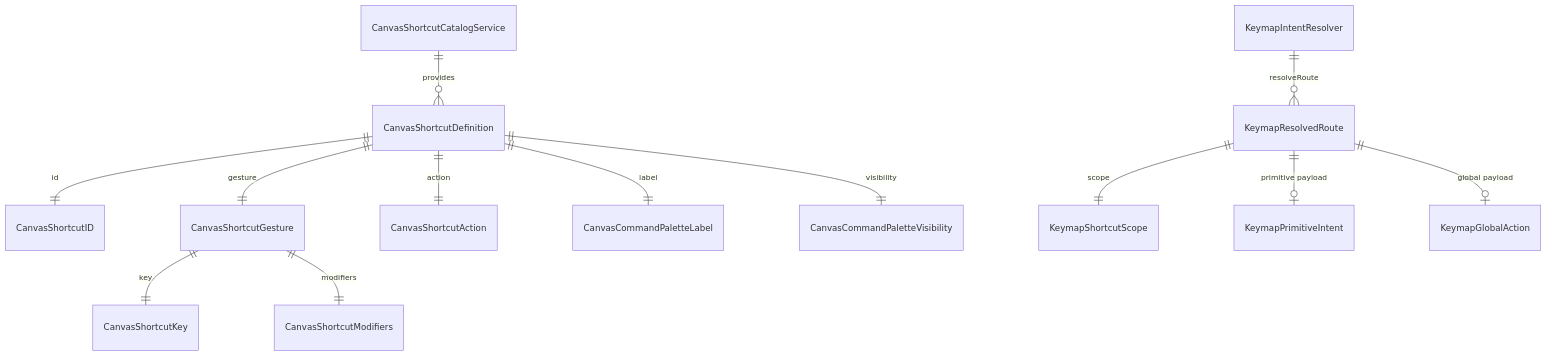
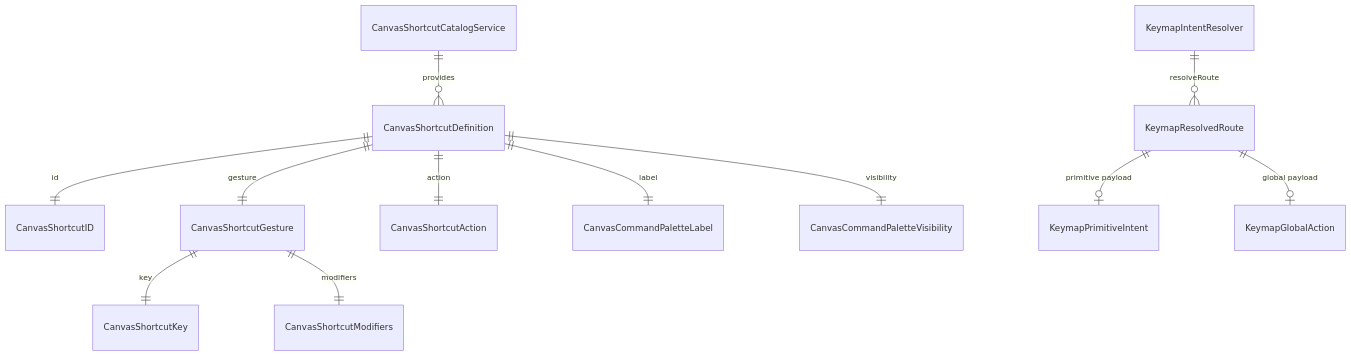
Before and after one commit to kazuhideoki/hotkey-canvas: the second of 2 diagrams in docs/specs/domain-er.md, drawn with Mermaid. The commit also changed other lines of this file and 1 other file, not shown here.

````diff
--- a/docs/specs/domain-er.md
+++ b/docs/specs/domain-er.md
@@ -92,17 +92,16 @@
 ```mermaid
 erDiagram
     CanvasShortcutCatalogService ||--o{ CanvasShortcutDefinition : "provides"
     CanvasShortcutDefinition ||--|| CanvasShortcutID : "id"
     CanvasShortcutDefinition ||--|| CanvasShortcutGesture : "gesture"
     CanvasShortcutDefinition ||--|| CanvasShortcutAction : "action"
     CanvasShortcutDefinition ||--|| CanvasCommandPaletteLabel : "label"
     CanvasShortcutDefinition ||--|| CanvasCommandPaletteVisibility : "visibility"
 
     CanvasShortcutGesture ||--|| CanvasShortcutKey : "key"
     CanvasShortcutGesture ||--|| CanvasShortcutModifiers : "modifiers"
 
     KeymapIntentResolver ||--o{ KeymapResolvedRoute : "resolveRoute"
-    KeymapResolvedRoute ||--|| KeymapShortcutScope : "scope"
     KeymapResolvedRoute ||--o| KeymapPrimitiveIntent : "primitive payload"
     KeymapResolvedRoute ||--o| KeymapGlobalAction : "global payload"
 ```
````
